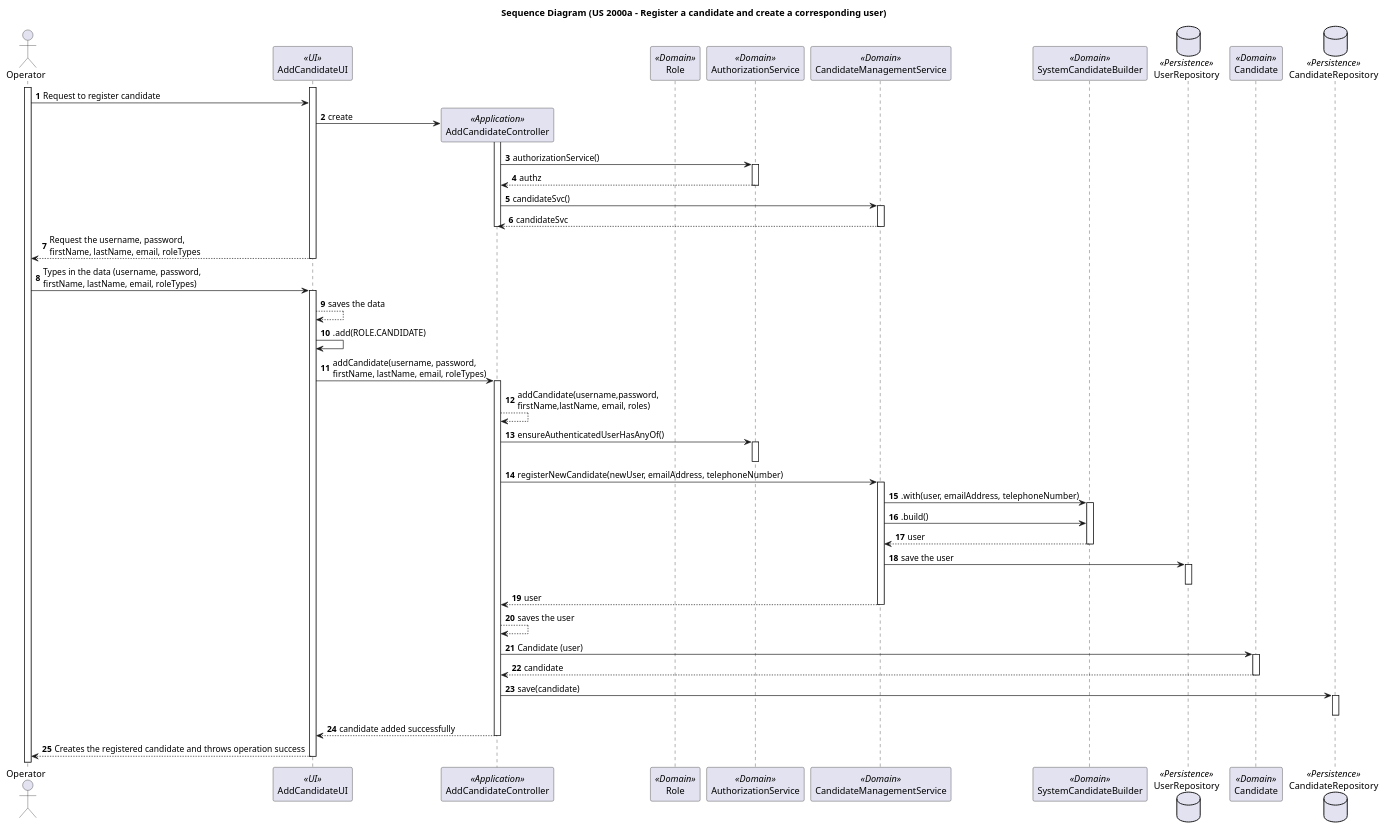
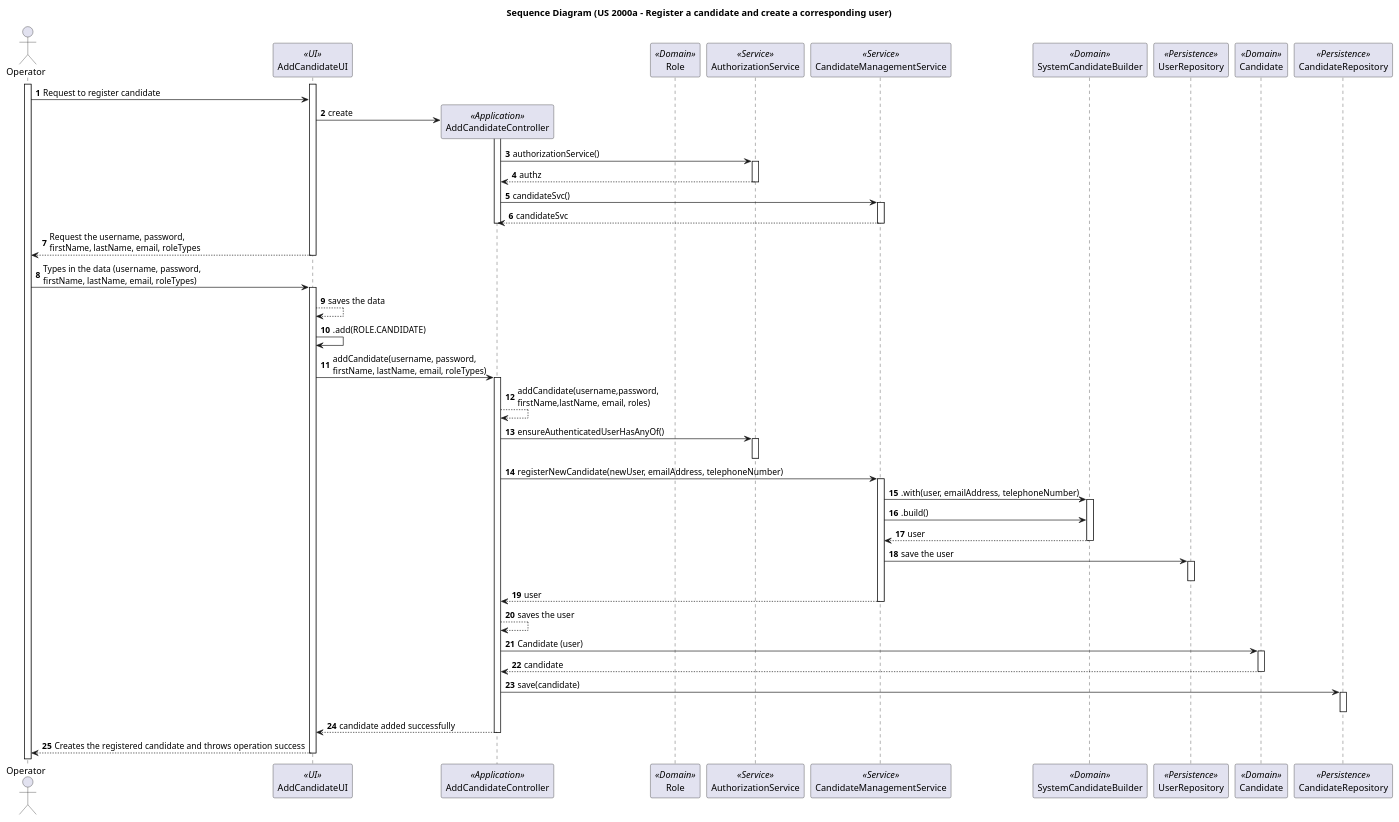
One commit to marcoferreira37/Lapr4 changed the diagram in docs/sprintB/2000a/puml/2000a-sequence-diagram.puml. Above: the diagram before and after it, drawn with PlantUML. The commit also changed 19 other files, not shown here.

```diff
--- a/docs/sprintB/2000a/puml/2000a-sequence-diagram.puml
+++ b/docs/sprintB/2000a/puml/2000a-sequence-diagram.puml
@@ -1,69 +1,69 @@
 @startuml
 title Sequence Diagram (US 2000a - Register a candidate and create a corresponding user)
 
 autonumber
 actor Operator as Operator
 participant AddCandidateUI as UI <<UI>>
 participant AddCandidateController as CTRL <<Application>>
 participant Role as Role <<Domain>>
-participant AuthorizationService as AS <<Domain>>
-participant CandidateManagementService as UMS <<Domain>>
+participant AuthorizationService as AS <<Service>>
+participant CandidateManagementService as UMS <<Service>>
 participant SystemCandidateBuilder as SUB <<Domain>>
-database UserRepository as URepo <<Persistence>>
+participant UserRepository as URepo <<Persistence>>
 participant Candidate as C <<Domain>>
-database CandidateRepository as CRepo <<Persistence>>
+participant CandidateRepository as CRepo <<Persistence>>
 
 
 activate Operator
 activate UI
 Operator -> UI: Request to register candidate
 
 UI -> CTRL**:create
 activate CTRL
 CTRL -> AS : authorizationService()
 activate AS
 AS --> CTRL: authz
 deactivate AS
 CTRL-> UMS : candidateSvc()
 activate UMS
 UMS-->CTRL: candidateSvc
 deactivate UMS
 deactivate CTRL
 UI --> Operator: Request the username, password, \nfirstName, lastName, email, roleTypes
 deactivate UI
 Operator -> UI: Types in the data (username, password, \nfirstName, lastName, email, roleTypes)
 activate UI
 UI-->UI : saves the data
 UI-> UI : .add(ROLE.CANDIDATE)
 UI-> CTRL: addCandidate(username, password, \nfirstName, lastName, email, roleTypes)
 activate CTRL
 CTRL-->CTRL: addCandidate(username,password, \nfirstName,lastName, email, roles)
 CTRL->AS : ensureAuthenticatedUserHasAnyOf()
 activate AS
 deactivate AS
 CTRL-> UMS : registerNewCandidate(newUser, emailAddress, telephoneNumber)
 activate UMS
 UMS->SUB: .with(user, emailAddress, telephoneNumber)
 activate SUB
 UMS-> SUB: .build()
 SUB--> UMS: user
 deactivate SUB
 UMS->URepo: save the user
 activate URepo
 deactivate URepo
 UMS-->CTRL: user
 deactivate UMS
 CTRL-->CTRL: saves the user
 CTRL-> C: Candidate (user)
 activate C
 C--> CTRL: candidate
 deactivate C
 CTRL->CRepo: save(candidate)
 activate CRepo
 deactivate CRepo
 CTRL-->UI : candidate added successfully
 deactivate CTRL
 UI --> Operator: Creates the registered candidate and throws operation success
 deactivate UI
 
 @enduml
```
